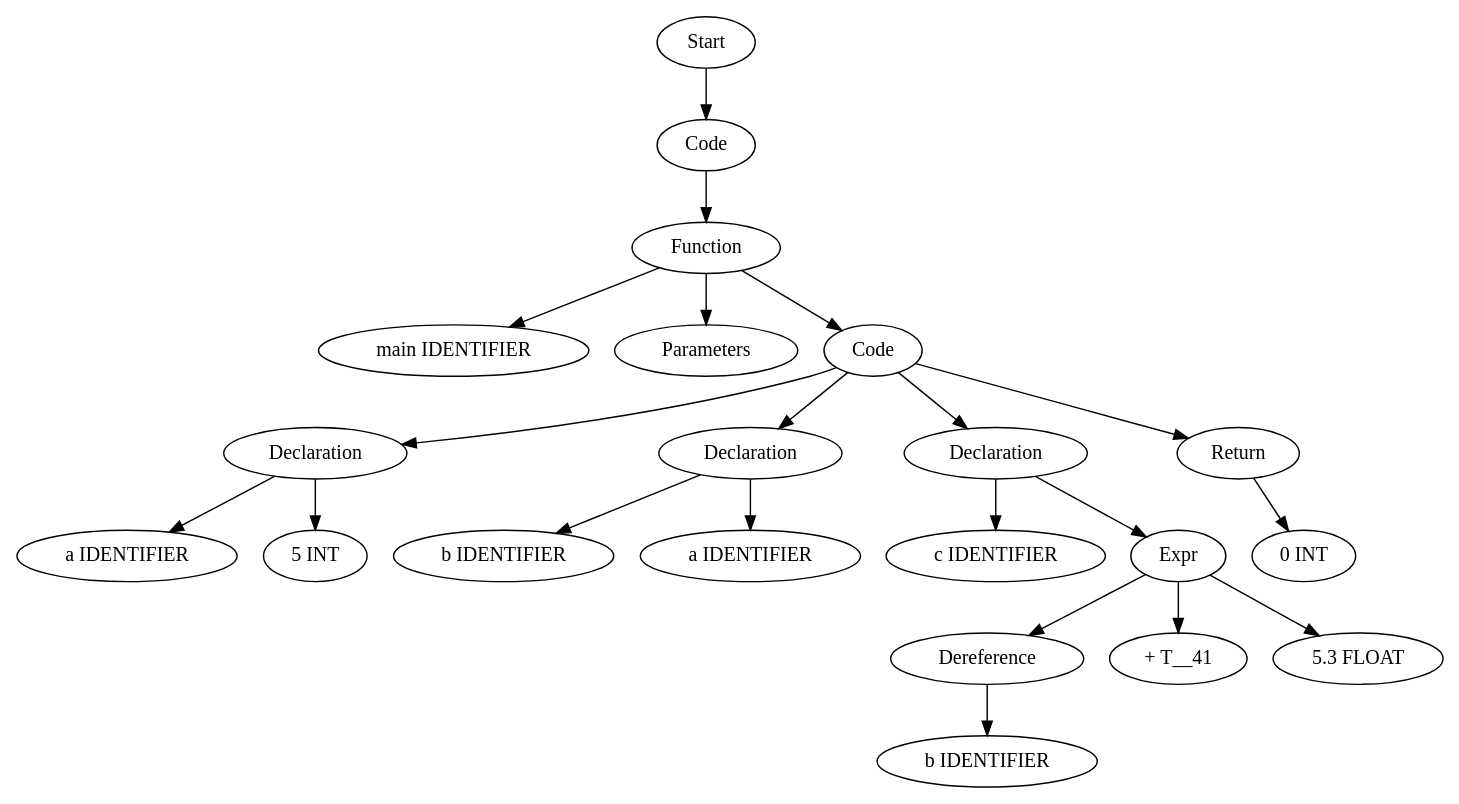
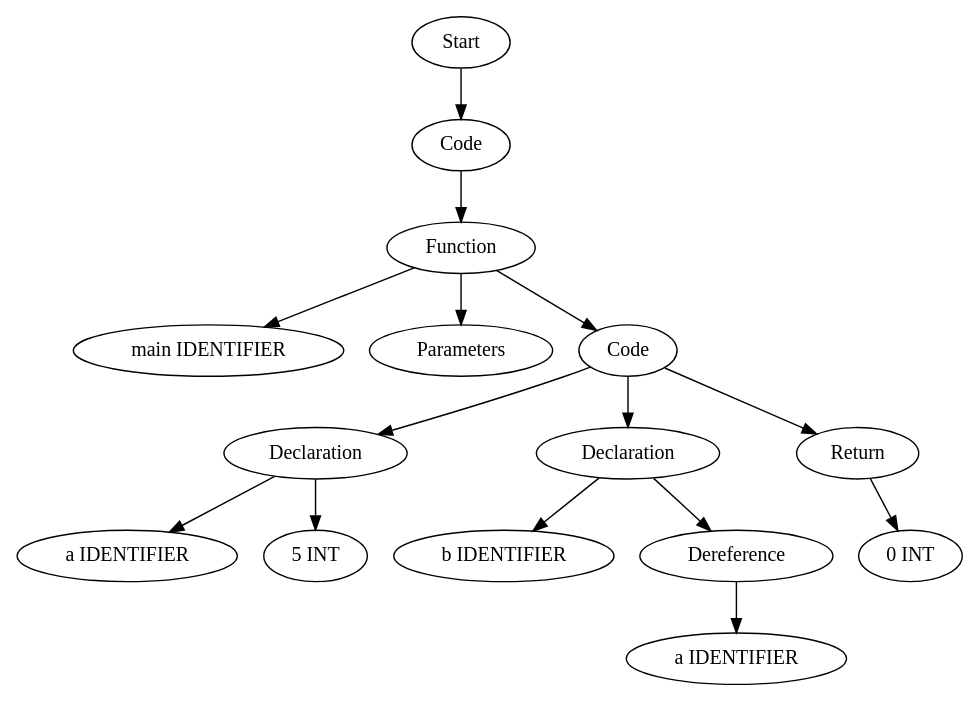
Before and after one commit to Are-you-listening/Compilers: the diagram in TestCases/ASTTests/ConversionTests/createTests/read_file_before.dot, drawn with Graphviz. The commit also changed 316 other files, not shown here.

```diff
--- a/TestCases/ASTTests/ConversionTests/createTests/read_file_before.dot
+++ b/TestCases/ASTTests/ConversionTests/createTests/read_file_before.dot
@@ -1,43 +1,31 @@
 digraph AST {
-  "125125156666864" [label="Start"];
-  "125125156666864" -> "125125156657696";
-  "125125156657696" [label="Code"];
-  "125125156657696" -> "125125156659088";
-  "125125156659088" [label="Function"];
-  "125125156659088" -> "125125156662928";
-  "125125156659088" -> "125125156655872";
-  "125125156659088" -> "125125156659136";
-  "125125156662928" [label="main IDENTIFIER"];
-  "125125156655872" [label="Parameters"];
-  "125125156659136" [label="Code"];
-  "125125156659136" -> "125125156652704";
-  "125125156659136" -> "125125156658704";
-  "125125156659136" -> "125125156582880";
-  "125125156659136" -> "125125156570352";
-  "125125156652704" [label="Declaration"];
-  "125125156652704" -> "125125156657792";
-  "125125156652704" -> "125125156652320";
-  "125125156657792" [label="a IDENTIFIER"];
-  "125125156652320" [label="5 INT"];
-  "125125156658704" [label="Declaration"];
-  "125125156658704" -> "125125156653040";
-  "125125156658704" -> "125125156569296";
-  "125125156653040" [label="b IDENTIFIER"];
-  "125125156569296" [label="a IDENTIFIER"];
-  "125125156582880" [label="Declaration"];
-  "125125156582880" -> "125125156579136";
-  "125125156582880" -> "125125156575008";
-  "125125156579136" [label="c IDENTIFIER"];
-  "125125156575008" [label="Expr"];
-  "125125156575008" -> "125125156658368";
-  "125125156575008" -> "125125156583168";
-  "125125156575008" -> "125125156577744";
-  "125125156658368" [label="Dereference"];
-  "125125156658368" -> "125125156578944";
-  "125125156578944" [label="b IDENTIFIER"];
-  "125125156583168" [label="+ T__41"];
-  "125125156577744" [label="5.3 FLOAT"];
-  "125125156570352" [label="Return"];
-  "125125156570352" -> "125125156579088";
-  "125125156579088" [label="0 INT"];
+  "134056565425584" [label="Start"];
+  "134056565425584" -> "134056565432976";
+  "134056565432976" [label="Code"];
+  "134056565432976" -> "134056565426160";
+  "134056565426160" [label="Function"];
+  "134056565426160" -> "134056565425104";
+  "134056565426160" -> "134056565434080";
+  "134056565426160" -> "134056565429136";
+  "134056565425104" [label="main IDENTIFIER"];
+  "134056565434080" [label="Parameters"];
+  "134056565429136" [label="Code"];
+  "134056565429136" -> "134056565429328";
+  "134056565429136" -> "134056565431536";
+  "134056565429136" -> "134056565430432";
+  "134056565429328" [label="Declaration"];
+  "134056565429328" -> "134056565433840";
+  "134056565429328" -> "134056565430864";
+  "134056565433840" [label="a IDENTIFIER"];
+  "134056565430864" [label="5 INT"];
+  "134056565431536" [label="Declaration"];
+  "134056565431536" -> "134056565430096";
+  "134056565431536" -> "134056565435136";
+  "134056565430096" [label="b IDENTIFIER"];
+  "134056565435136" [label="Dereference"];
+  "134056565435136" -> "134056565426064";
+  "134056565426064" [label="a IDENTIFIER"];
+  "134056565430432" [label="Return"];
+  "134056565430432" -> "134056565434320";
+  "134056565434320" [label="0 INT"];
 }
```
